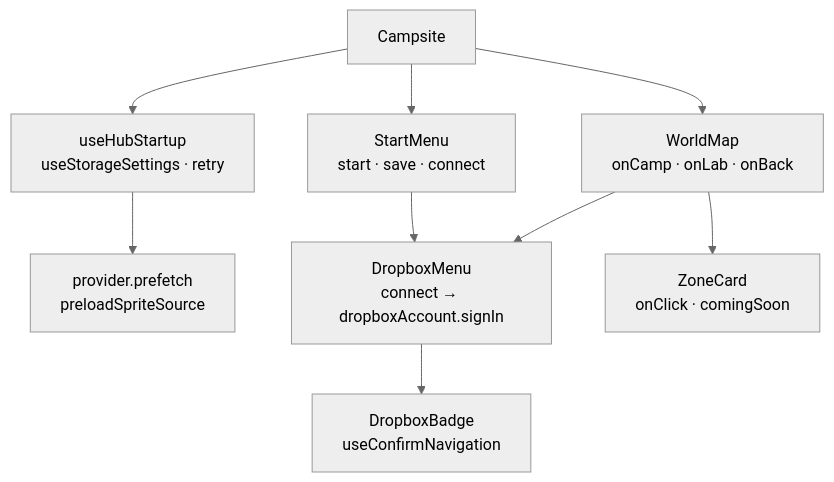
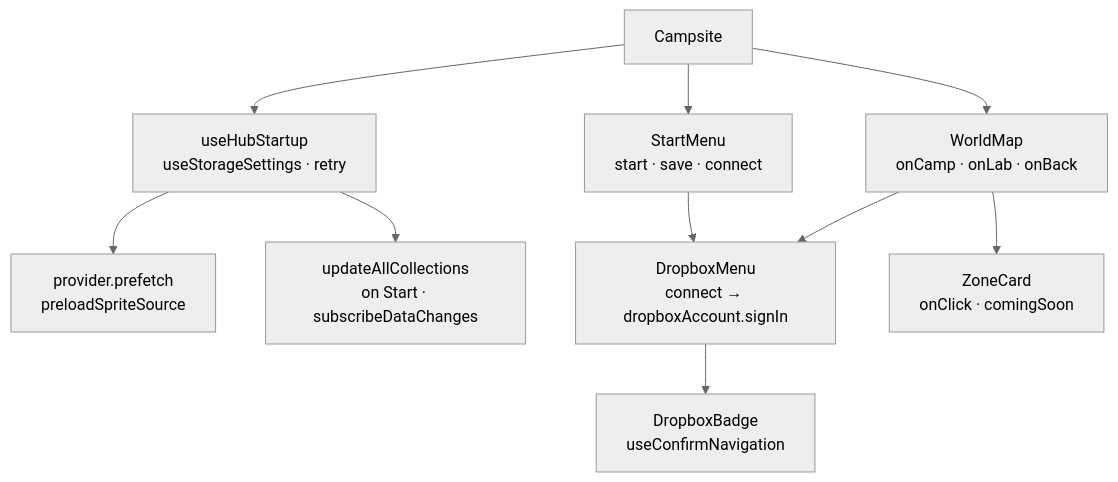
Before and after one commit to MercuryEnigma/pkcamp: the diagram in src/pages/hub/ARCHITECTURE.md, drawn with Mermaid (neutral theme). The commit also changed other lines of this file and 46 other files, not shown here.

````diff
--- a/src/pages/hub/ARCHITECTURE.md
+++ b/src/pages/hub/ARCHITECTURE.md
@@ -15,10 +17,11 @@
 ```mermaid
 flowchart TB
   Shell["Campsite"] --> Startup["useHubStartup<br/>useStorageSettings · retry"]
   Startup --> Load["provider.prefetch<br/>preloadSpriteSource"]
+  Startup --> Collections["updateAllCollections<br/>on Start · subscribeDataChanges"]
   Shell --> Start["StartMenu<br/>start · save · connect"]
   Shell --> Map["WorldMap<br/>onCamp · onLab · onBack"]
   Start & Map --> Account["DropboxMenu<br/>connect → dropboxAccount.signIn"]
   Account --> Badge["DropboxBadge<br/>useConfirmNavigation"]
   Map --> Card["ZoneCard<br/>onClick · comingSoon"]
 ```
````
